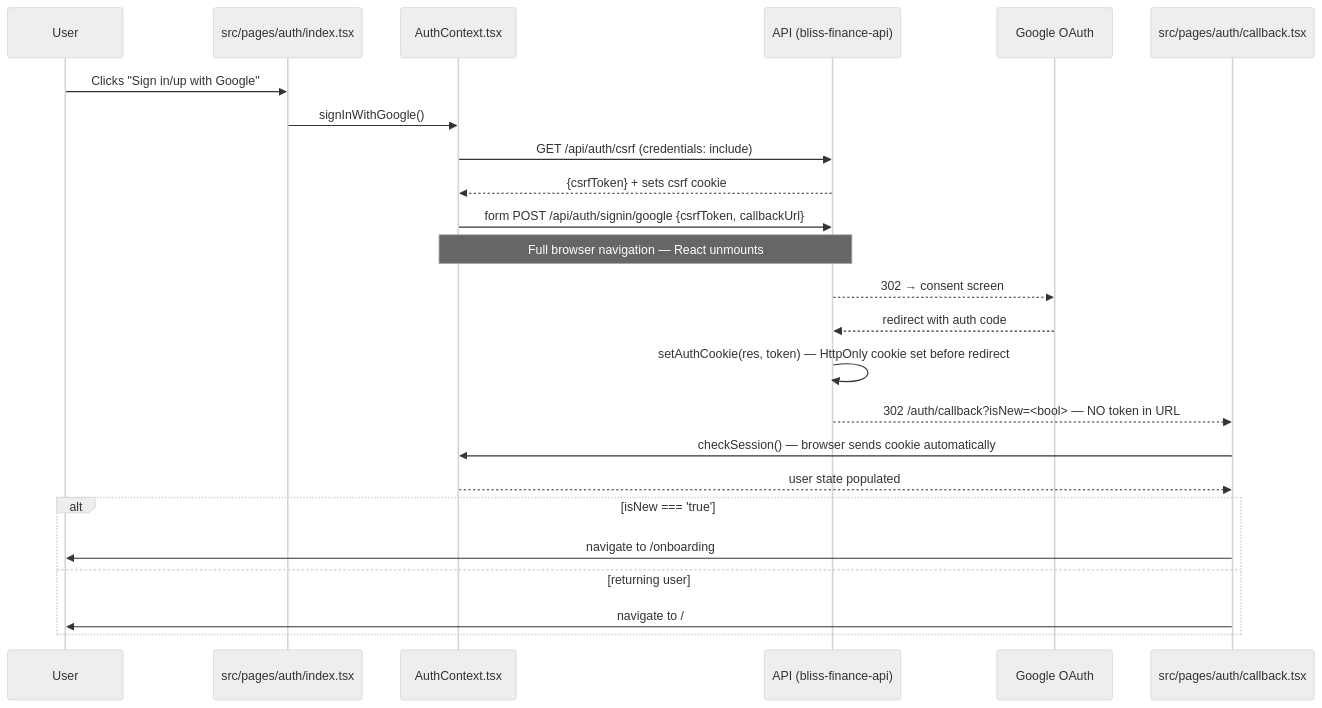
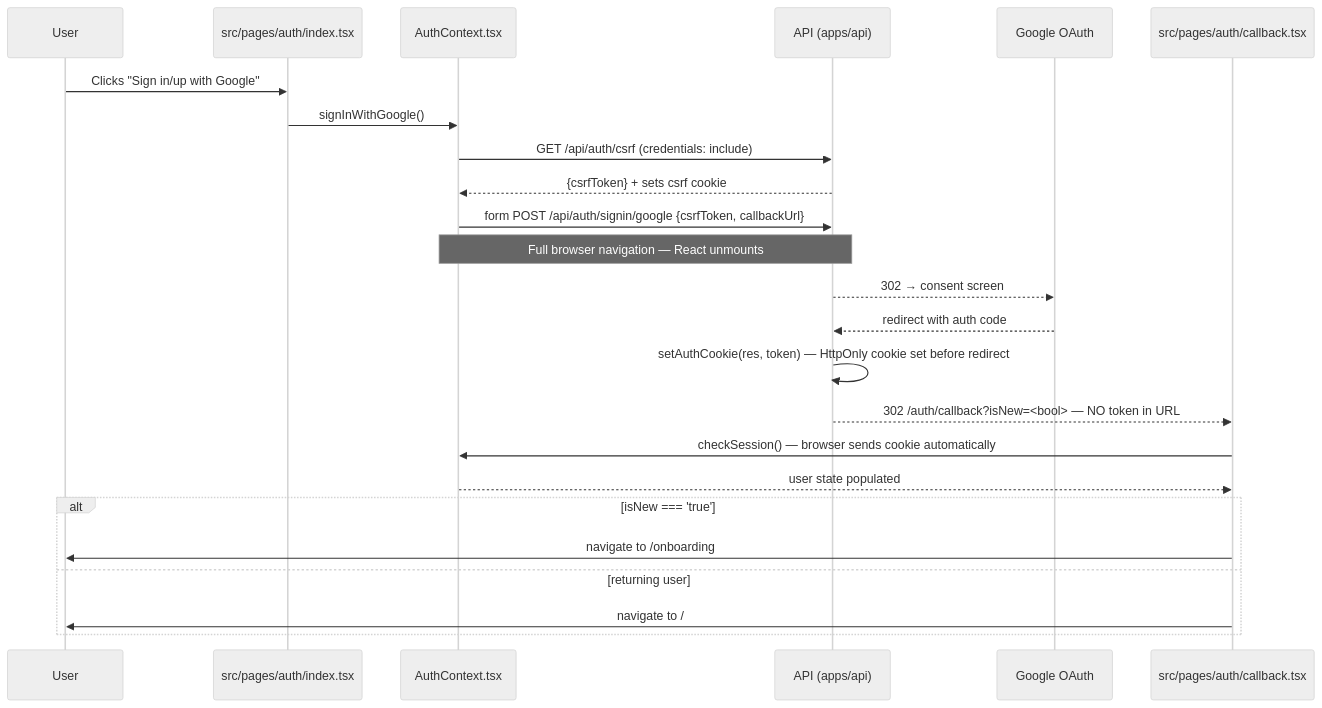
Before and after one commit to danielvsantos/bliss: the first of 2 diagrams in docs/specs/frontend/01-user-identity.md, drawn with Mermaid (neutral theme). The commit also changed 39 other files, not shown here.

````diff
--- a/docs/specs/frontend/01-user-identity.md
+++ b/docs/specs/frontend/01-user-identity.md
@@ -334,27 +334,27 @@
 ```mermaid
 sequenceDiagram
     participant User
     participant AuthPage as src/pages/auth/index.tsx
     participant AuthContext as AuthContext.tsx
-    participant API as API (bliss-finance-api)
+    participant API as API (apps/api)
     participant Google as Google OAuth
     participant CallbackPage as src/pages/auth/callback.tsx
 
     User->>AuthPage: Clicks "Sign in/up with Google"
     AuthPage->>AuthContext: signInWithGoogle()
     AuthContext->>API: GET /api/auth/csrf (credentials: include)
     API-->>AuthContext: {csrfToken} + sets csrf cookie
     AuthContext->>API: form POST /api/auth/signin/google {csrfToken, callbackUrl}
     Note over AuthContext,API: Full browser navigation — React unmounts
     API-->>Google: 302 → consent screen
     Google-->>API: redirect with auth code
     API->>API: setAuthCookie(res, token) — HttpOnly cookie set before redirect
     API-->>CallbackPage: 302 /auth/callback?isNew=<bool> — NO token in URL
     CallbackPage->>AuthContext: checkSession() — browser sends cookie automatically
     AuthContext-->>CallbackPage: user state populated
     alt isNew === 'true'
         CallbackPage->>User: navigate to /onboarding
     else returning user
         CallbackPage->>User: navigate to /
     end
 ```
````
